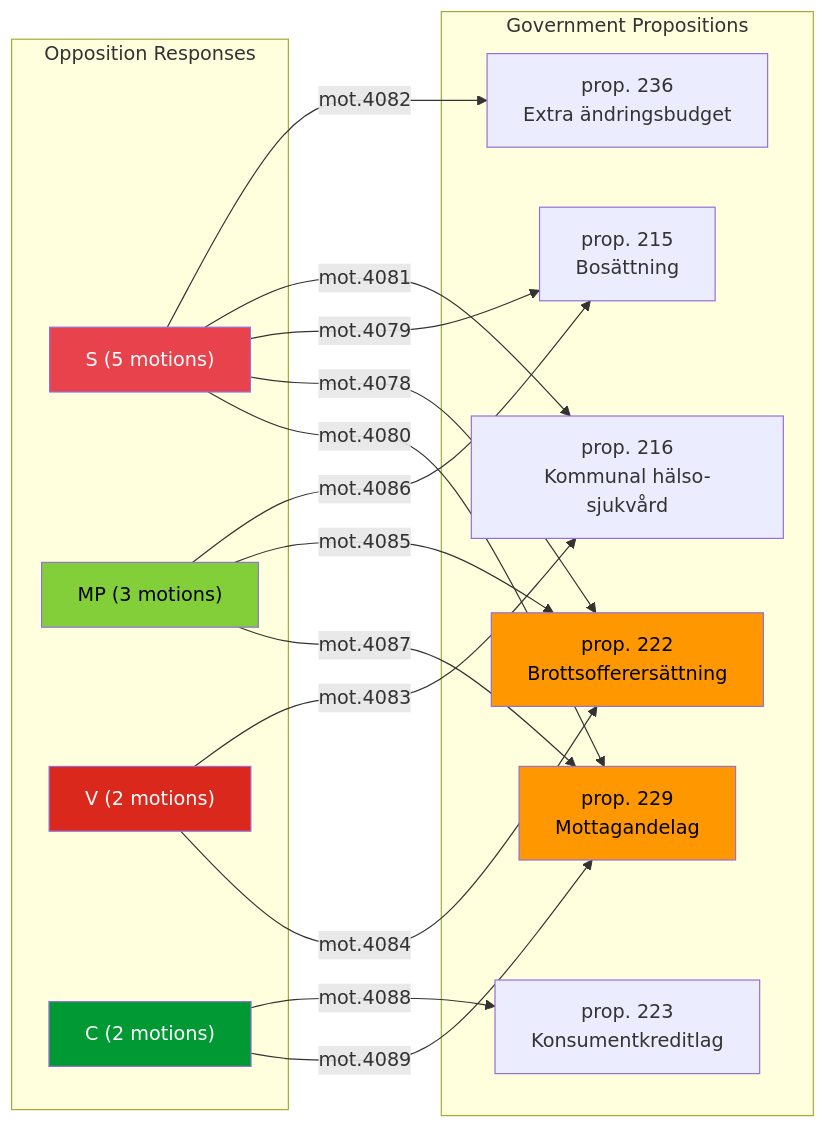
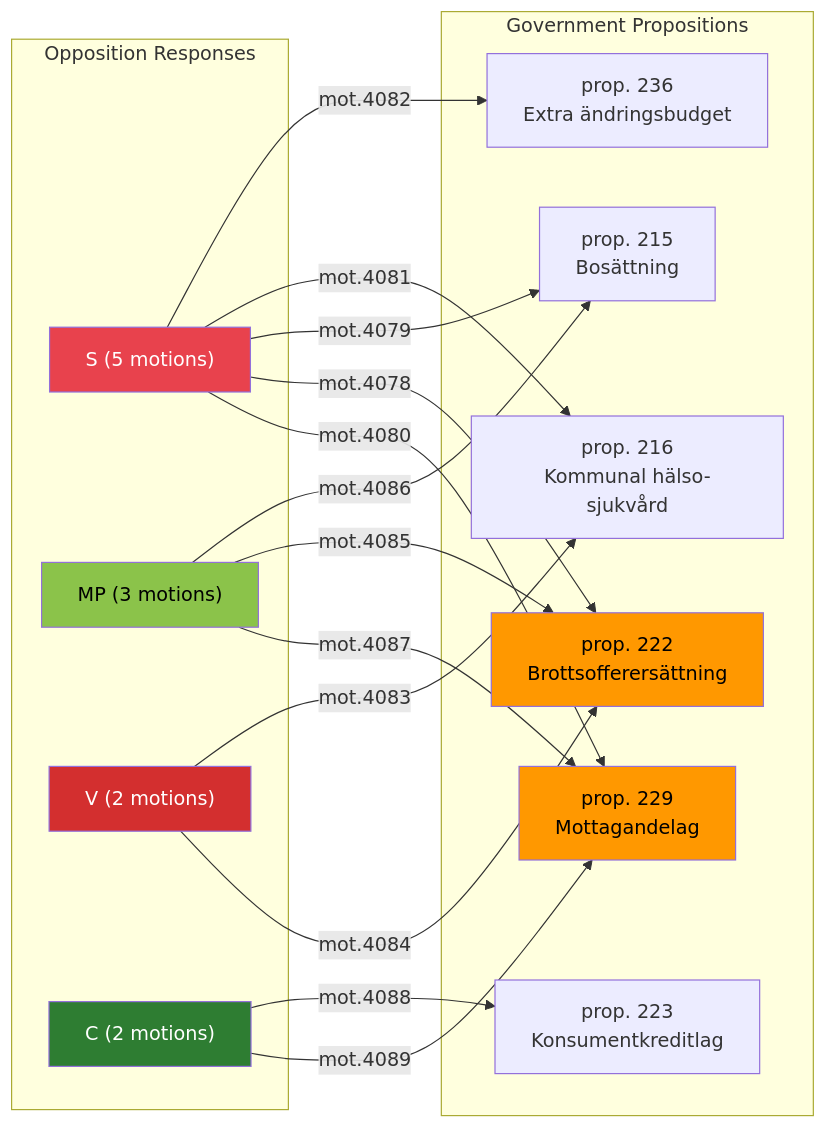
One commit to Hack23/riksdagsmonitor changed the diagram in analysis/daily/2026-04-16/motions/swot-analysis.md. Above: the diagram before and after it, drawn with Mermaid. The commit also changed 785 other files, not shown here.

First line of the commit message:
Normalize mermaid colors across 786 analysis artifacts to ISMS Style Guide palette

````diff
--- a/analysis/daily/2026-04-16/motions/swot-analysis.md
+++ b/analysis/daily/2026-04-16/motions/swot-analysis.md
@@ -14,35 +14,35 @@
 ```mermaid
 graph LR
     subgraph "Government Propositions"
         P229["prop. 229<br/>Mottagandelag"]
         P222["prop. 222<br/>Brottsofferersättning"]
         P215["prop. 215<br/>Bosättning"]
         P216["prop. 216<br/>Kommunal hälso-sjukvård"]
         P223["prop. 223<br/>Konsumentkreditlag"]
         P236["prop. 236<br/>Extra ändringsbudget"]
     end
     subgraph "Opposition Responses"
         S["S (5 motions)"]
         MP["MP (3 motions)"]
         V["V (2 motions)"]
         C["C (2 motions)"]
     end
     S -->|mot.4080| P229
     S -->|mot.4078| P222
     S -->|mot.4079| P215
     S -->|mot.4081| P216
     S -->|mot.4082| P236
     MP -->|mot.4087| P229
     MP -->|mot.4085| P222
     MP -->|mot.4086| P215
     V -->|mot.4084| P222
     V -->|mot.4083| P216
     C -->|mot.4089| P229
     C -->|mot.4088| P223
-    style S fill:#e8424d,color:#fff
-    style MP fill:#83cf39,color:#000
-    style V fill:#da291c,color:#fff
-    style C fill:#009933,color:#fff
-    style P229 fill:#ff9800,color:#000
-    style P222 fill:#ff9800,color:#000
+    style S fill:#e8424d,color:#FFFFFF
+    style MP fill:#8BC34A,color:#000000
+    style V fill:#D32F2F,color:#FFFFFF
+    style C fill:#2E7D32,color:#FFFFFF
+    style P229 fill:#ff9800,color:#000000
+    style P222 fill:#ff9800,color:#000000
 ```
````
